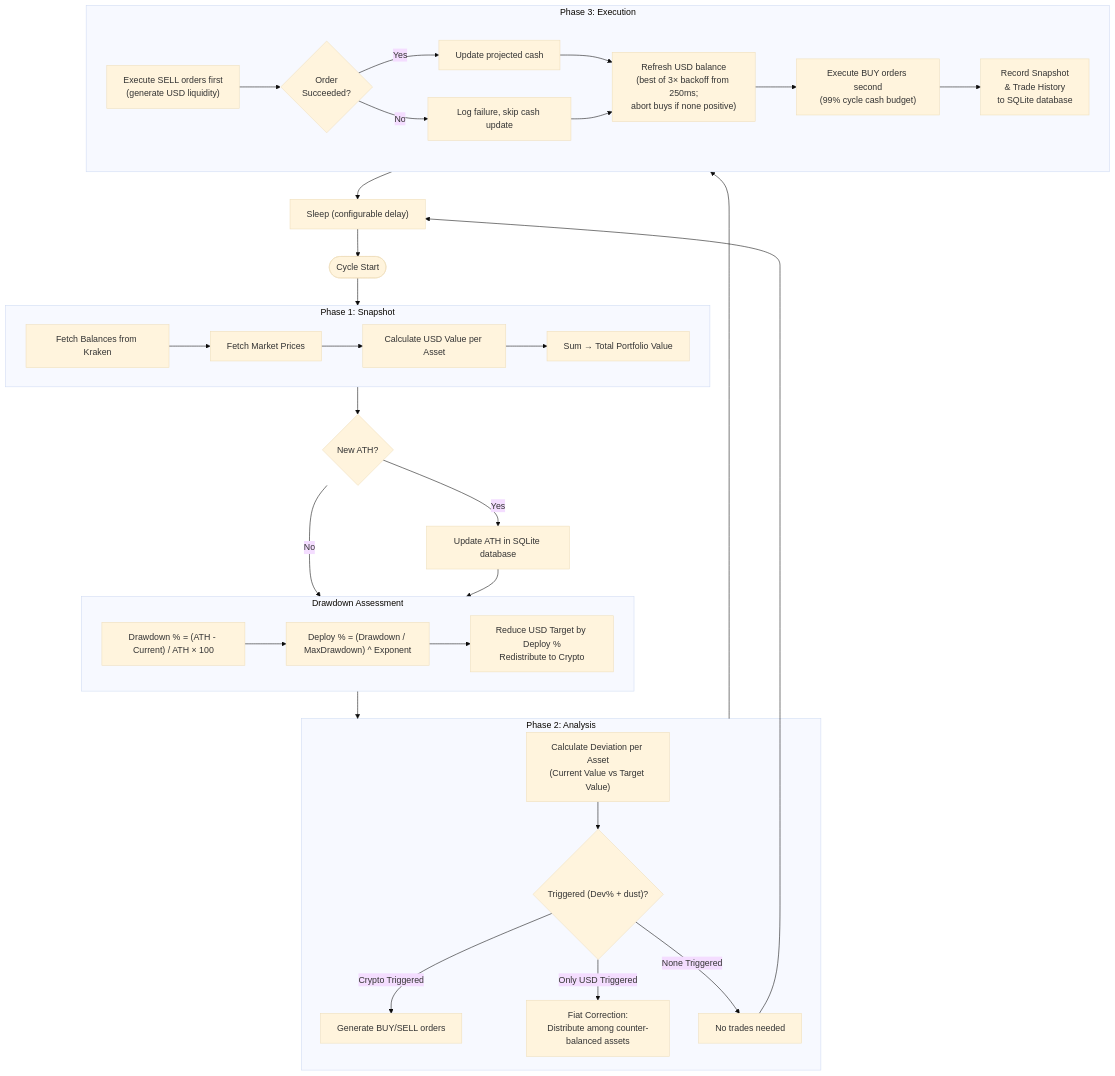
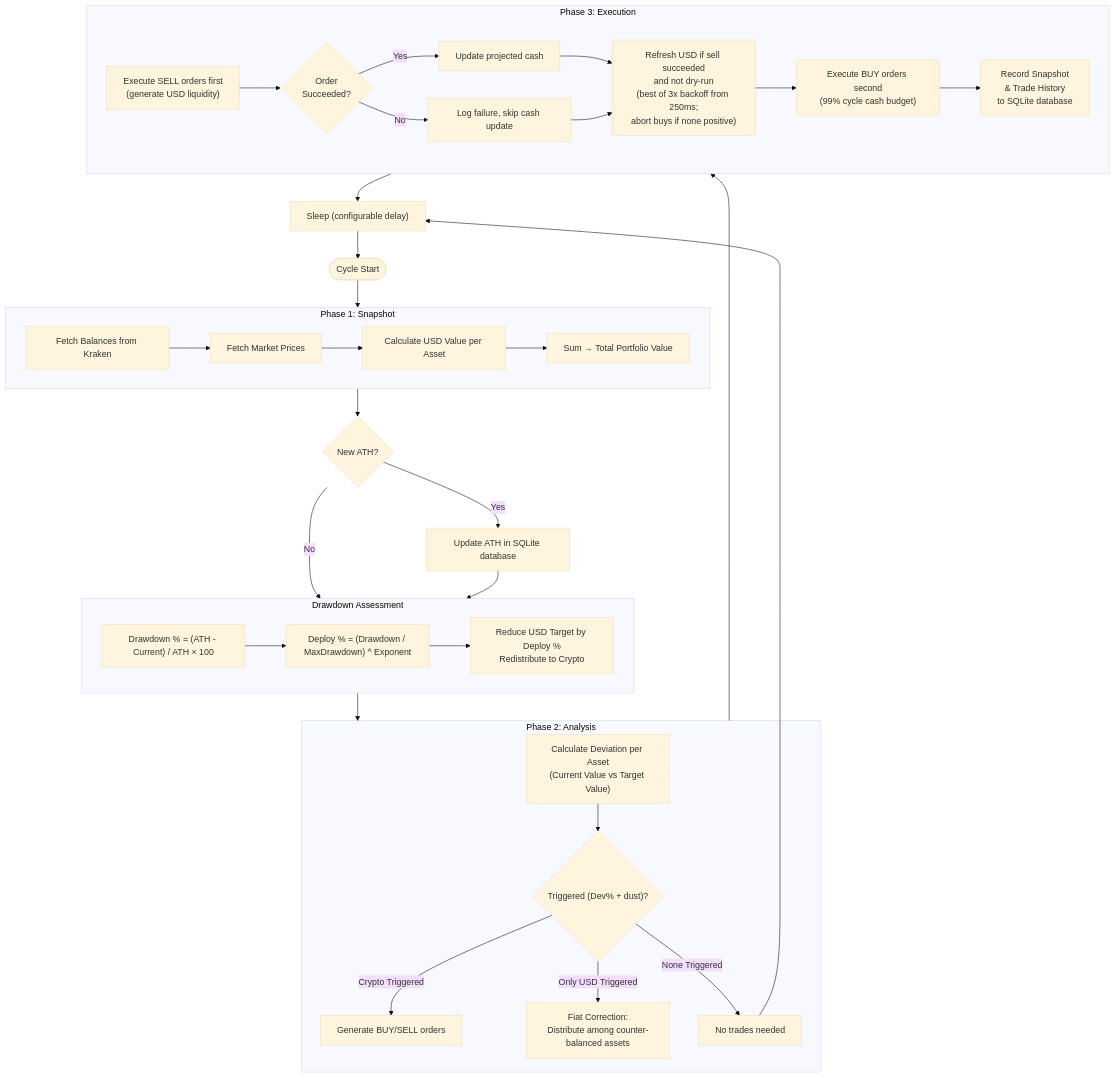
The diagram in docs/ALGORITHM.md (HyperVon/new-kraken-rebalancer), drawn with Mermaid (base theme) before and after one commit. The commit also changed other lines of this file and 17 other files, not shown here.

````diff
--- a/docs/ALGORITHM.md
+++ b/docs/ALGORITHM.md
@@ -9,47 +9,47 @@
 ```mermaid
 flowchart TD
     START([Cycle Start]) --> SNAP
     
     subgraph SNAP["Phase 1: Snapshot"]
         S1[Fetch Balances from Kraken] --> S2[Fetch Market Prices]
         S2 --> S3["Calculate USD Value per Asset"]
         S3 --> S4["Sum → Total Portfolio Value"]
     end
 
     SNAP --> ATH{New ATH?}
     ATH -- Yes --> SAVE_ATH["Update ATH in SQLite database"]
     ATH -- No --> DD
     SAVE_ATH --> DD
 
     subgraph DD["Drawdown Assessment"]
         DD1["Drawdown % = (ATH - Current) / ATH × 100"]
         DD1 --> DD2["Deploy % = (Drawdown / MaxDrawdown) ^ Exponent"]
         DD2 --> DD3["Reduce USD Target by Deploy %\nRedistribute to Crypto"]
     end
 
     DD --> ANALYSIS
 
     subgraph ANALYSIS["Phase 2: Analysis"]
         A1["Calculate Deviation per Asset\n(Current Value vs Target Value)"]
         A1 --> A2{"Triggered (Dev% + dust)?"}
         A2 -- "Crypto Triggered" --> A3["Generate BUY/SELL orders"]
         A2 -- "Only USD Triggered" --> A4["Fiat Correction:\nDistribute among counter-balanced assets"]
         A2 -- "None Triggered" --> SKIP[No trades needed]
     end
 
     ANALYSIS --> EXEC
 
     subgraph EXEC["Phase 3: Execution"]
         E1["Execute SELL orders first\n(generate USD liquidity)"] --> E1R{"Order\nSucceeded?"}
         E1R -- Yes --> E1C["Update projected cash"]
         E1R -- No --> E1F["Log failure, skip cash update"]
         E1C --> E2
         E1F --> E2
-        E2["Refresh USD balance\n(best of 3× backoff from 250ms;\nabort buys if none positive)"] --> E3["Execute BUY orders second\n(99% cycle cash budget)"]
+        E2["Refresh USD if sell succeeded\nand not dry-run\n(best of 3x backoff from 250ms;\nabort buys if none positive)"] --> E3["Execute BUY orders second\n(99% cycle cash budget)"]
         E3 --> E4["Record Snapshot\n& Trade History\nto SQLite database"]
     end
 
     EXEC --> SLEEP["Sleep (configurable delay)"]
     SKIP --> SLEEP
     SLEEP --> START
 ```
````
